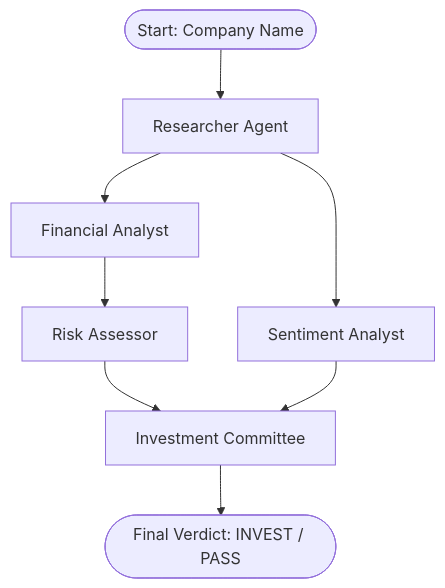
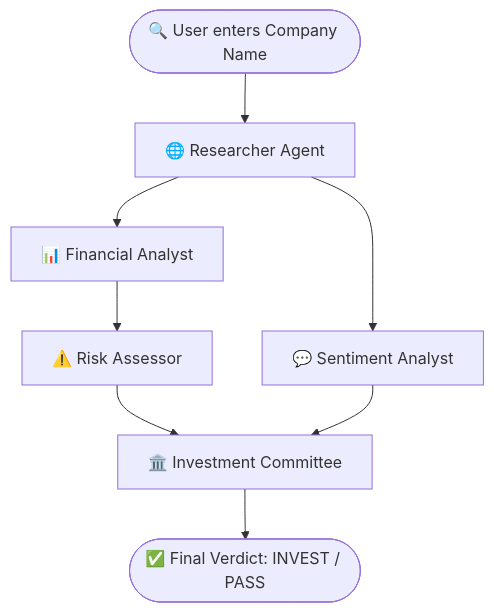
The diagram in README.md (Meherpra/investement), drawn with Mermaid before and after one commit. The commit also changed other lines of this file, not shown here.

````diff
--- a/README.md
+++ b/README.md
@@ -13,10 +91,10 @@
 ```mermaid
 graph TD
-    Start([Start: Company Name]) --> ResearchNode[Researcher Agent]
-    ResearchNode --> AnalyzeNode[Financial Analyst]
-    ResearchNode --> SentimentNode[Sentiment Analyst]
-    AnalyzeNode --> RiskNode[Risk Assessor]
-    RiskNode --> CommitteeNode[Investment Committee]
+    Start([🔍 User enters Company Name]) --> ResearchNode[🌐 Researcher Agent]
+    ResearchNode --> AnalyzeNode[📊 Financial Analyst]
+    ResearchNode --> SentimentNode[💬 Sentiment Analyst]
+    AnalyzeNode --> RiskNode[⚠️ Risk Assessor]
+    RiskNode --> CommitteeNode[🏛️ Investment Committee]
     SentimentNode --> CommitteeNode
-    CommitteeNode --> End([Final Verdict: INVEST / PASS])
+    CommitteeNode --> End([✅ Final Verdict: INVEST / PASS])
 ```
````
